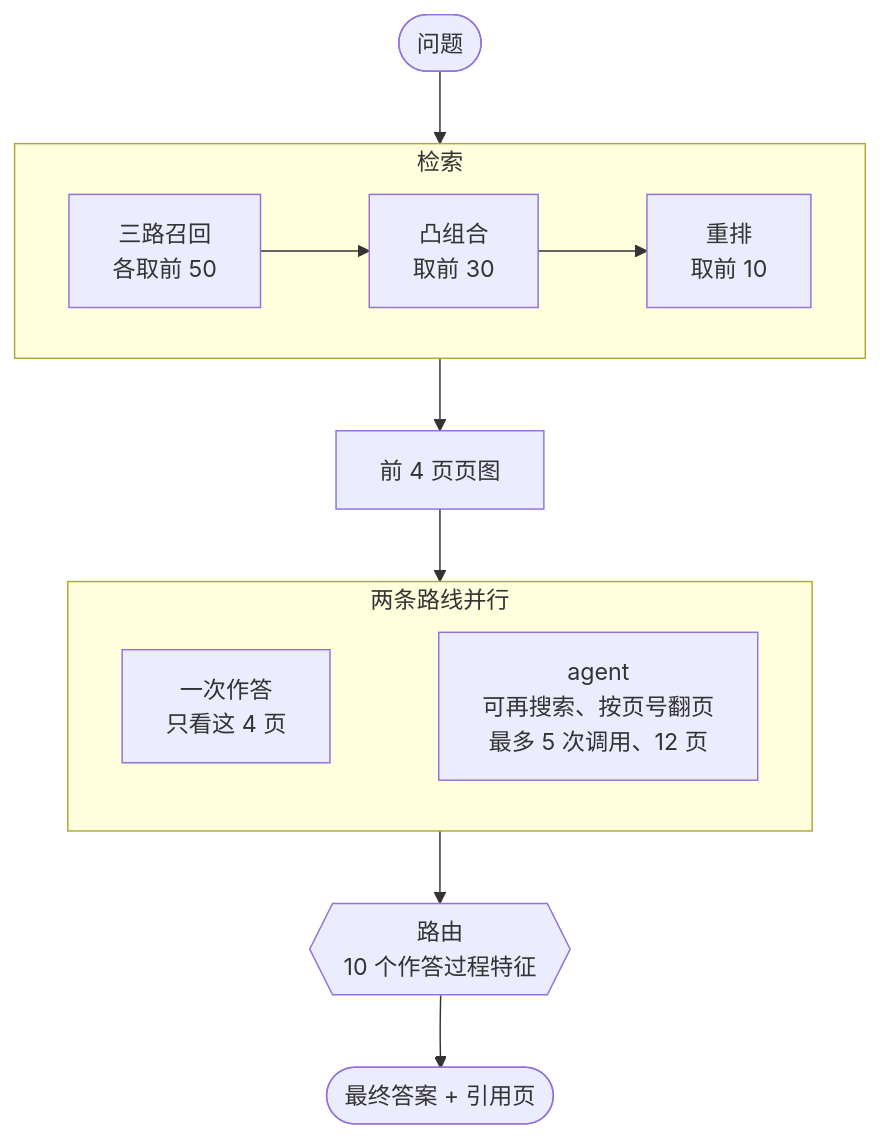
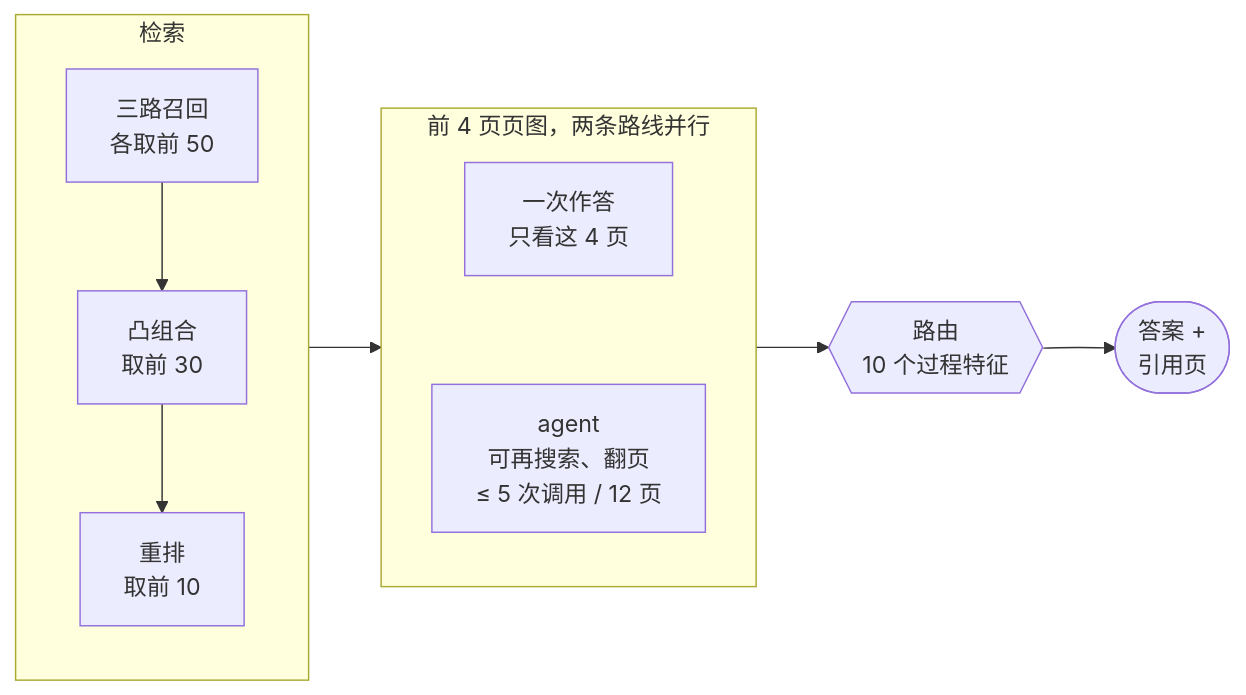
One commit to ruychevvy-a11y/agentic-multimodal-doc-rag changed the second of 2 diagrams in README.md. Above: the diagram before and after it, drawn with Mermaid. The commit also changed 1 other file, not shown here.

Commit message:
Lay out the answering flowchart horizontally

````diff
--- a/README.md
+++ b/README.md
@@ -69,18 +69,16 @@
 ```mermaid
-flowchart TD
-    question(["问题"]) --> retrieval
+flowchart LR
     subgraph retrieval["检索"]
-        direction LR
+        direction TB
         recall["三路召回<br/>各取前 50"] --> convex["凸组合<br/>取前 30"] --> rerank["重排<br/>取前 10"]
     end
-    retrieval --> top4["前 4 页页图"]
-    top4 --> routes
-    subgraph routes["两条路线并行"]
-        direction LR
+    retrieval --> routes
+    subgraph routes["前 4 页页图，两条路线并行"]
+        direction TB
         oneshot["一次作答<br/>只看这 4 页"]
-        agent["agent<br/>可再搜索、按页号翻页<br/>最多 5 次调用、12 页"]
+        agent["agent<br/>可再搜索、翻页<br/>≤ 5 次调用 / 12 页"]
         oneshot ~~~ agent
     end
-    routes --> router{{"路由<br/>10 个作答过程特征"}}
-    router --> final(["最终答案 + 引用页"])
+    routes --> router{{"路由<br/>10 个过程特征"}}
+    router --> final(["答案 +<br/>引用页"])
 ```
````
